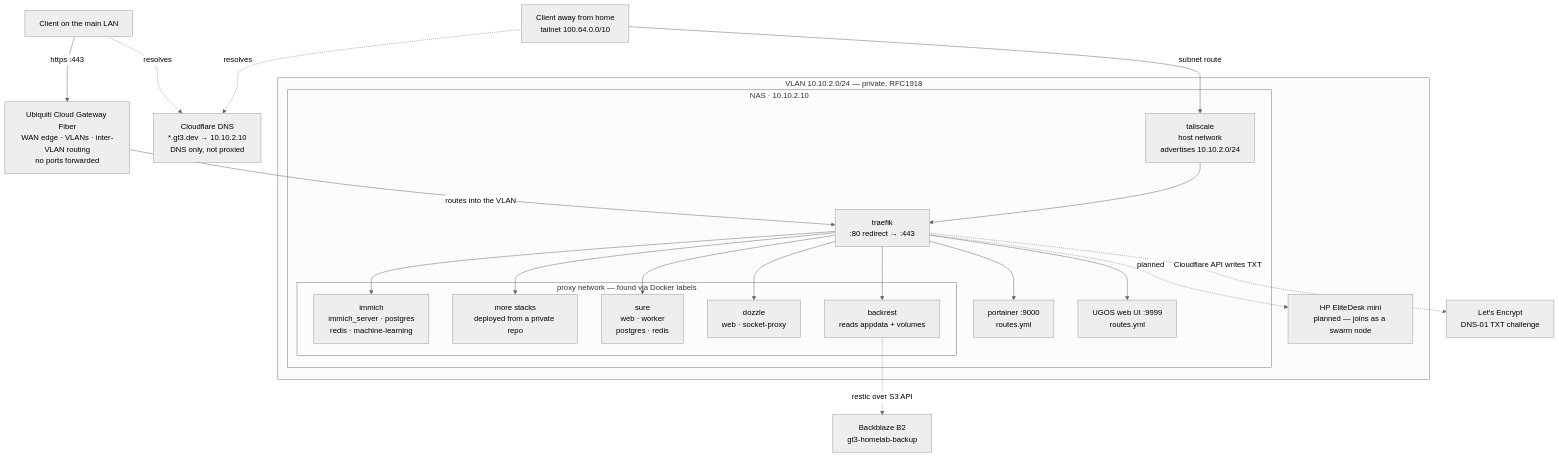
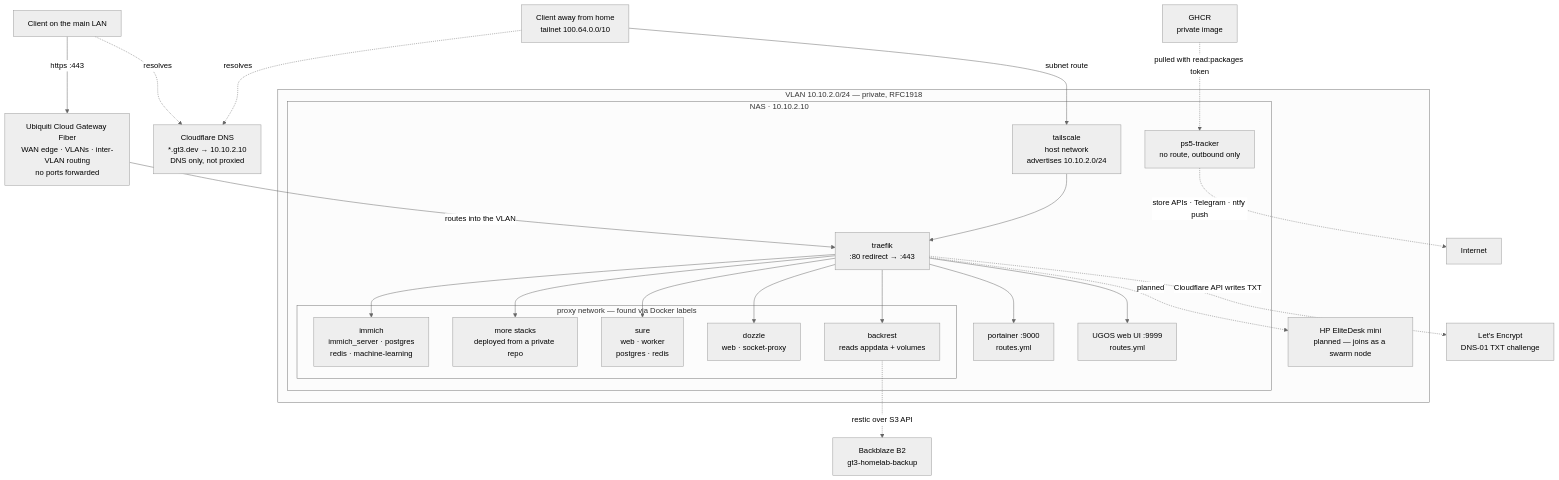
The diagram in README.md (mhallo/homelab), drawn with Mermaid (neutral theme) before and after one commit. The commit also changed other lines of this file and 6 other files, not shown here.

````diff
--- a/README.md
+++ b/README.md
@@ -41,48 +42,52 @@
 ```mermaid
 flowchart TB
     CF["Cloudflare DNS<br>*.gt3.dev → 10.10.2.10<br>DNS only, not proxied"]
     LE["Let's Encrypt<br>DNS-01 TXT challenge"]
 
     AWAY["Client away from home<br>tailnet 100.64.0.0/10"]
     HOME["Client on the main LAN"]
 
     UCG["Ubiquiti Cloud Gateway Fiber<br>WAN edge · VLANs · inter-VLAN routing<br>no ports forwarded"]
 
     HOME -. "resolves" .-> CF
     AWAY -. "resolves" .-> CF
     HOME -- "https :443" --> UCG
     UCG -- "routes into the VLAN" --> TRAEFIK
 
     subgraph VLAN["VLAN 10.10.2.0/24 — private, RFC1918"]
         subgraph NAS["NAS · 10.10.2.10"]
             TSC["tailscale<br>host network<br>advertises 10.10.2.0/24"]
             TRAEFIK["traefik<br>:80 redirect → :443"]
             PORT["portainer :9000<br>routes.yml"]
             UGOS["UGOS web UI :9999<br>routes.yml"]
 
             subgraph STACKS["proxy network — found via Docker labels"]
                 IMM["immich<br>immich_server · postgres<br>redis · machine-learning"]
                 PRIV["more stacks<br>deployed from a private repo"]
                 SURE["sure<br>web · worker<br>postgres · redis"]
                 DOZ["dozzle<br>web · socket-proxy"]
                 BR["backrest<br>reads appdata + volumes"]
             end
+
+            PS5["ps5-tracker<br>no route, outbound only"]
         end
 
         HP["HP EliteDesk mini<br>planned — joins as a swarm node"]
     end
 
     AWAY -- "subnet route" --> TSC
     TSC --> TRAEFIK
 
     TRAEFIK --> IMM
     TRAEFIK --> PRIV
     TRAEFIK --> SURE
     TRAEFIK --> DOZ
     TRAEFIK --> BR
     TRAEFIK --> PORT
     TRAEFIK --> UGOS
     TRAEFIK -. "planned" .-> HP
     TRAEFIK -. "Cloudflare API writes TXT" .-> LE
     BR -. "restic over S3 API" .-> B2["Backblaze B2<br>gt3-homelab-backup"]
+    PS5 -. "store APIs · Telegram · ntfy push" .-> NET["Internet"]
+    GHCR["GHCR<br>private image"] -. "pulled with read:packages token" .-> PS5
 ```
````
